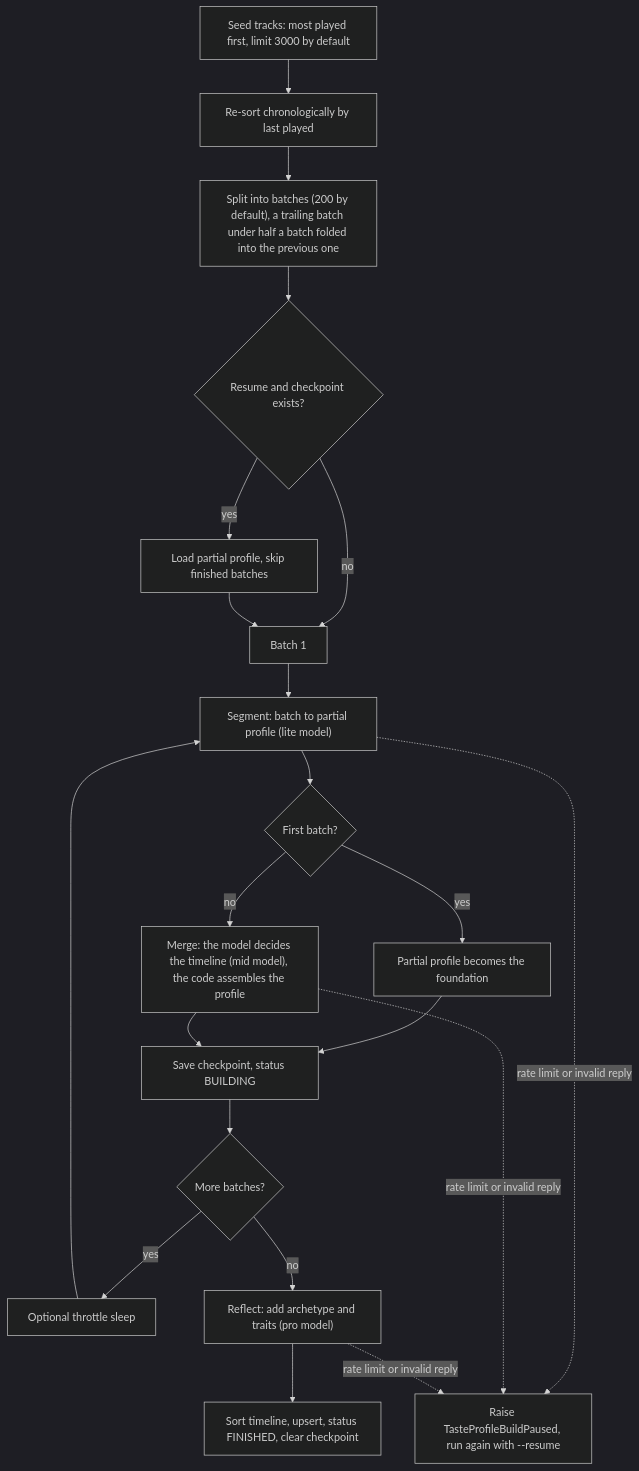
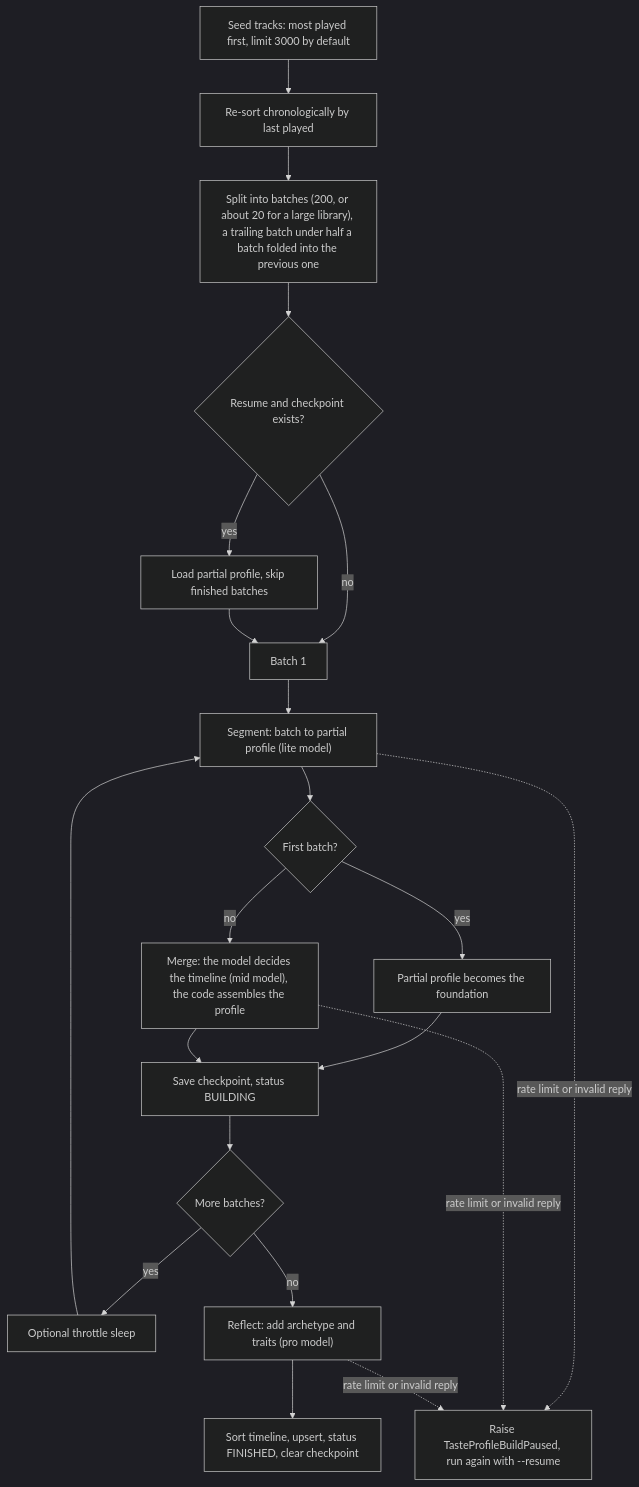
The diagram in docs/technical/llm-pipeline.md (ychab/museflow), drawn with Mermaid (dark theme) before and after one commit. The commit also changed other lines of this file and 12 other files, not shown here.

````diff
--- a/docs/technical/llm-pipeline.md
+++ b/docs/technical/llm-pipeline.md
@@ -63,22 +63,22 @@
 ```mermaid
 flowchart TD
     A["Seed tracks: most played first, limit 3000 by default"] --> B["Re-sort chronologically by last played"]
-    B --> C["Split into batches (200 by default), a trailing batch under half a batch folded into the previous one"]
+    B --> C["Split into batches (200, or about 20 for a large library), a trailing batch under half a batch folded into the previous one"]
     C --> D{"Resume and checkpoint exists?"}
     D -- yes --> E["Load partial profile, skip finished batches"]
     D -- no --> F["Batch 1"]
     E --> F
     F --> G["Segment: batch to partial profile (lite model)"]
     G --> H{"First batch?"}
     H -- yes --> I["Partial profile becomes the foundation"]
     H -- no --> J["Merge: the model decides the timeline (mid model), the code assembles the profile"]
     I --> K["Save checkpoint, status BUILDING"]
     J --> K
     K --> L{"More batches?"}
     L -- yes --> M["Optional throttle sleep"] --> G
     L -- no --> N["Reflect: add archetype and traits (pro model)"]
     N --> O["Sort timeline, upsert, status FINISHED, clear checkpoint"]
     G -. rate limit or invalid reply .-> P["Raise TasteProfileBuildPaused, run again with --resume"]
     J -. rate limit or invalid reply .-> P
     N -. rate limit or invalid reply .-> P
 ```
````
